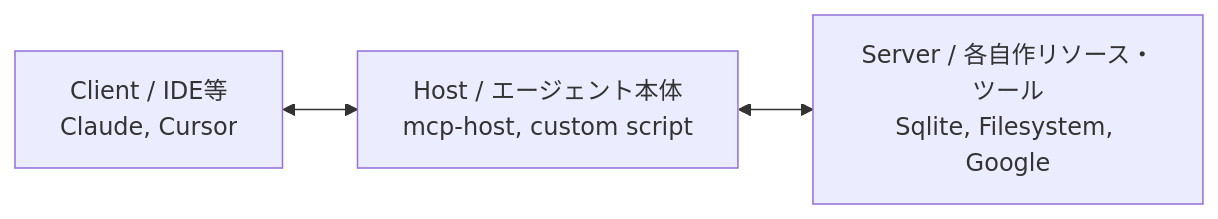
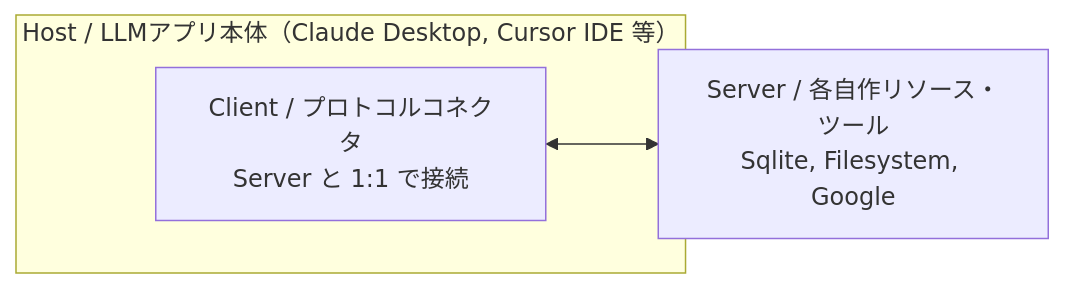
The diagram in curriculum/unit30_mcp_fundamentals/index.md (ydo-kimura/build-to-learn-ai), drawn with Mermaid before and after one commit. The commit also changed other lines of this file and 223 other files, not shown here.

````diff
--- a/curriculum/unit30_mcp_fundamentals/index.md
+++ b/curriculum/unit30_mcp_fundamentals/index.md
@@ -25,5 +22,7 @@
 ```mermaid
 graph LR
-    Client[Client / IDE等<br>Claude, Cursor] <--> Host[Host / エージェント本体<br>mcp-host, custom script]
-    Host <--> Server[Server / 各自作リソース・ツール<br>Sqlite, Filesystem, Google]
+    subgraph Host["Host / LLMアプリ本体（Claude Desktop, Cursor IDE 等）"]
+        Client[Client / プロトコルコネクタ<br>Server と 1:1 で接続]
+    end
+    Client <--> Server[Server / 各自作リソース・ツール<br>Sqlite, Filesystem, Google]
 ```
````
